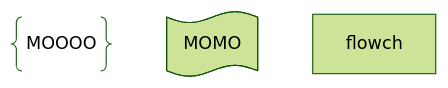
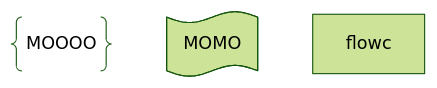
The diagram in slides.md (gerbssusd/dok), drawn with Mermaid (forest theme) before and after one commit.

````diff
--- a/slides.md
+++ b/slides.md
@@ -217,8 +217,8 @@
 ```mermaid
 flowchart TD
     A@{ shape: braces, label: "MOOOO" }
     B@{ shape: flag, label: "MOMO"}
-flowch
+flowc
 
 
 ```
````
